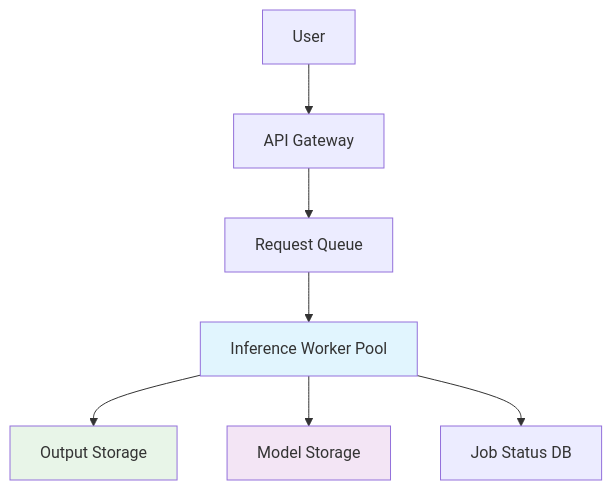
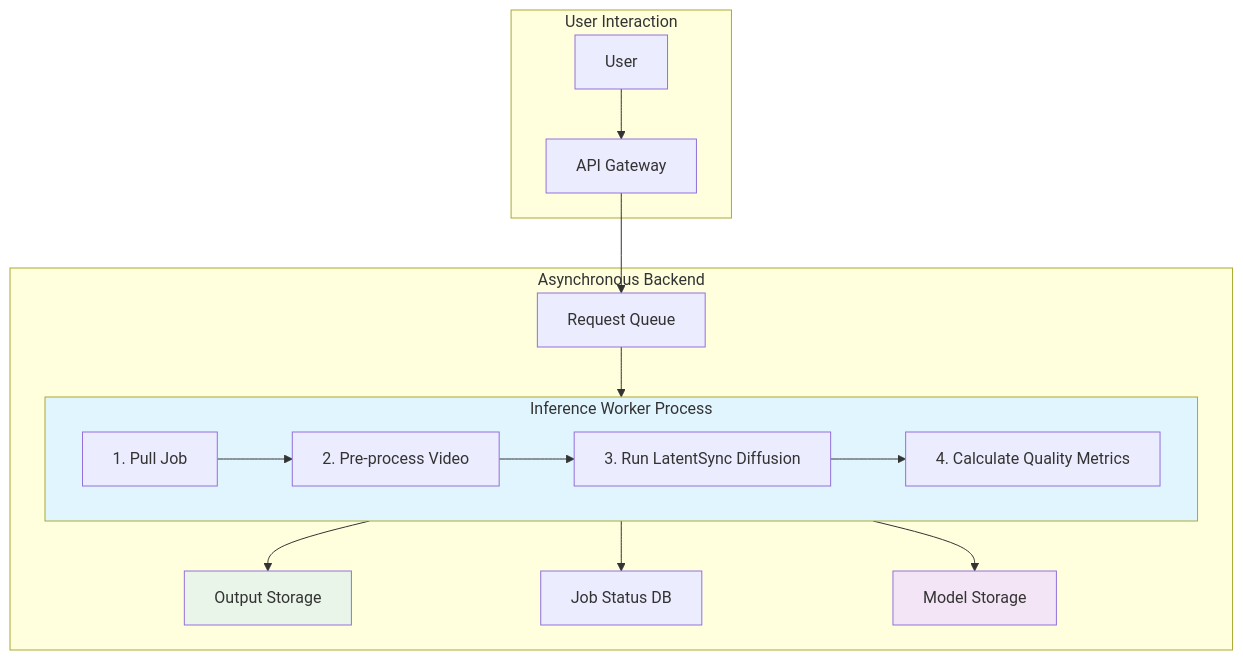
One commit to dfadeeff/LipSync changed the diagram in documentation/PART3.md. Above: the diagram before and after it, drawn with Mermaid. The commit also changed other lines of this file, not shown here.

Commit message:
added part 3

````diff
--- a/documentation/PART3.md
+++ b/documentation/PART3.md
@@ -30,13 +30,26 @@
 ```mermaid
-graph TB
-    A[User] --> B[API Gateway]
-    B --> C[Request Queue]
-    C --> D[Inference Worker Pool]
-    D --> E[Output Storage]
-    D --> F[Model Storage]
-    D --> G[Job Status DB]
-    
+graph TD
+    subgraph "User Interaction"
+        A[User] --> B[API Gateway];
+    end
+
+    subgraph "Asynchronous Backend"
+        B --> C[Request Queue];
+        C --> D[Worker Pool];
+        
+        subgraph D [Inference Worker Process]
+            direction LR
+            D1[1. Pull Job] --> D2[2. Pre-process Video];
+            D2 --> D3[3. Run LatentSync Diffusion];
+            D3 --> D4[4. Calculate Quality Metrics];
+        end
+
+        D4 --> E[Output Storage];
+        D4 --> G[Job Status DB];
+        D --> F[Model Storage];
+    end
+
     style D fill:#e1f5fe
     style F fill:#f3e5f5
     style E fill:#e8f5e8
 ```
````
